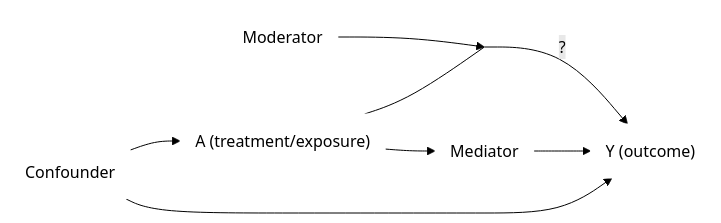
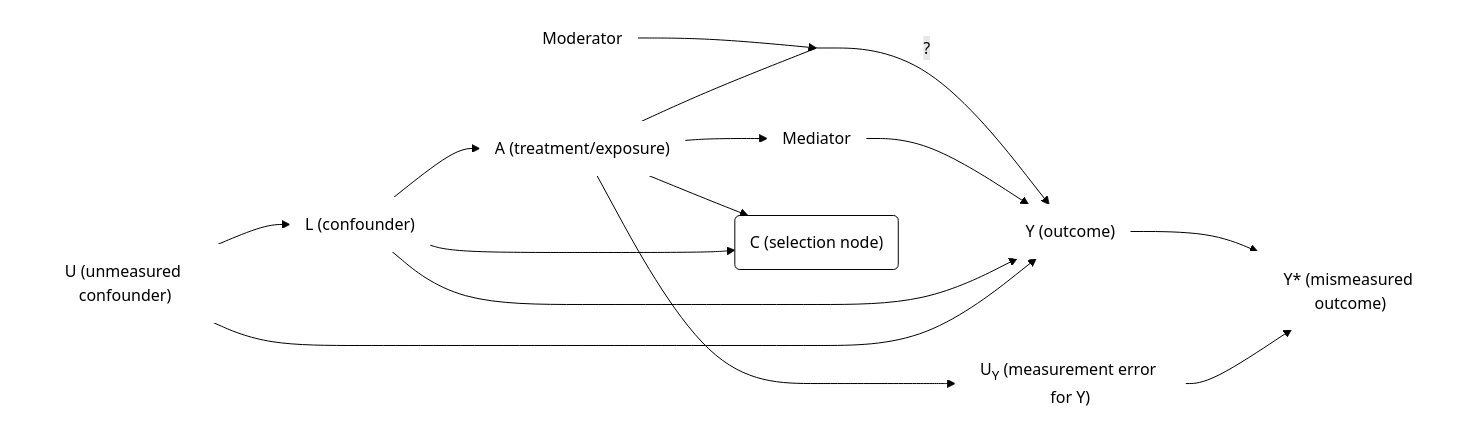
One commit to birth-outcomes/birth_outcomes_summary changed the sixth of 24 diagrams in book_birth_outcomes_summary/design_causal.md. Above: the diagram before and after it, drawn with Mermaid (forest theme). The commit also changed other lines of this file, not shown here.

`````diff
--- a/book_birth_outcomes_summary/design_causal.md
+++ b/book_birth_outcomes_summary/design_causal.md
@@ -171,20 +153,29 @@
 ````{mermaid}
   flowchart LR;
 
     A("A (treatment/exposure)"):::white;
     Y("Y (outcome)"):::white;
     Empty[ ]:::empty;
     Mod("Moderator"):::white;
     M("Mediator"):::white;
-    C("Confounder"):::white;
+    L("L (confounder)"):::white;
+    U("U (unmeasured confounder)"):::white;
+    C("C (selection node)"):::black;
+    Y*("Y* (mismeasured outcome)"):::white;
+    UY("U<sub>Y</sub> (measurement error for Y)"):::white;
 
     Mod --> Empty;
     A --- Empty; Empty -->|?| Y;
     A --> M; M --> Y;
-    C --> A; C --> Y;
-
+    L --> A; L --> Y;
+    U --> L; U --> Y;
+    A --> C;
+    L --> C;
+    Y --> Y*;
+    UY --> Y*;
+    A --> UY;
 
     classDef white fill:#FFFFFF, stroke:#FFFFFF;
     classDef black fill:#FFFFFF, stroke:#000000;
     classDef empty width:0px,height:0px;
 ````
`````
